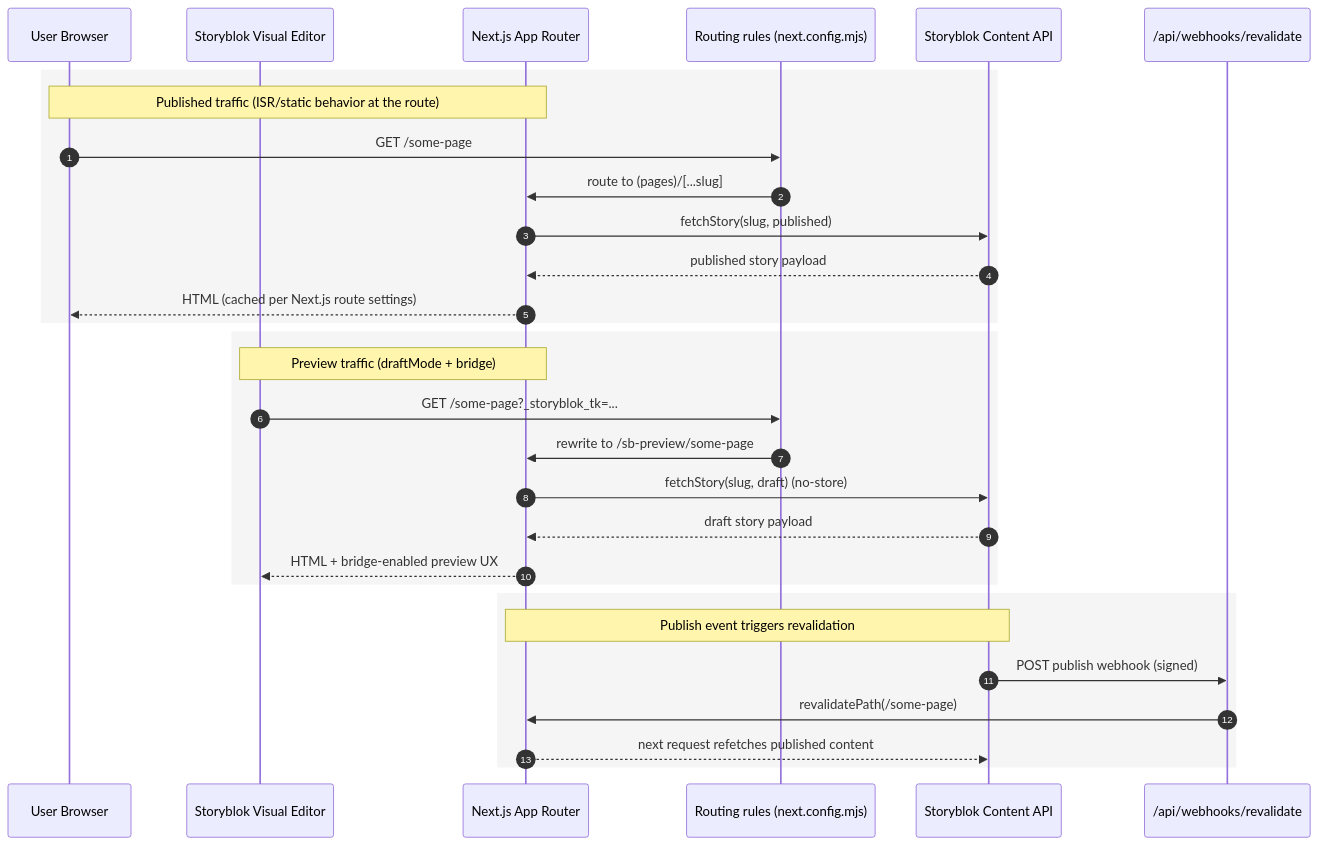
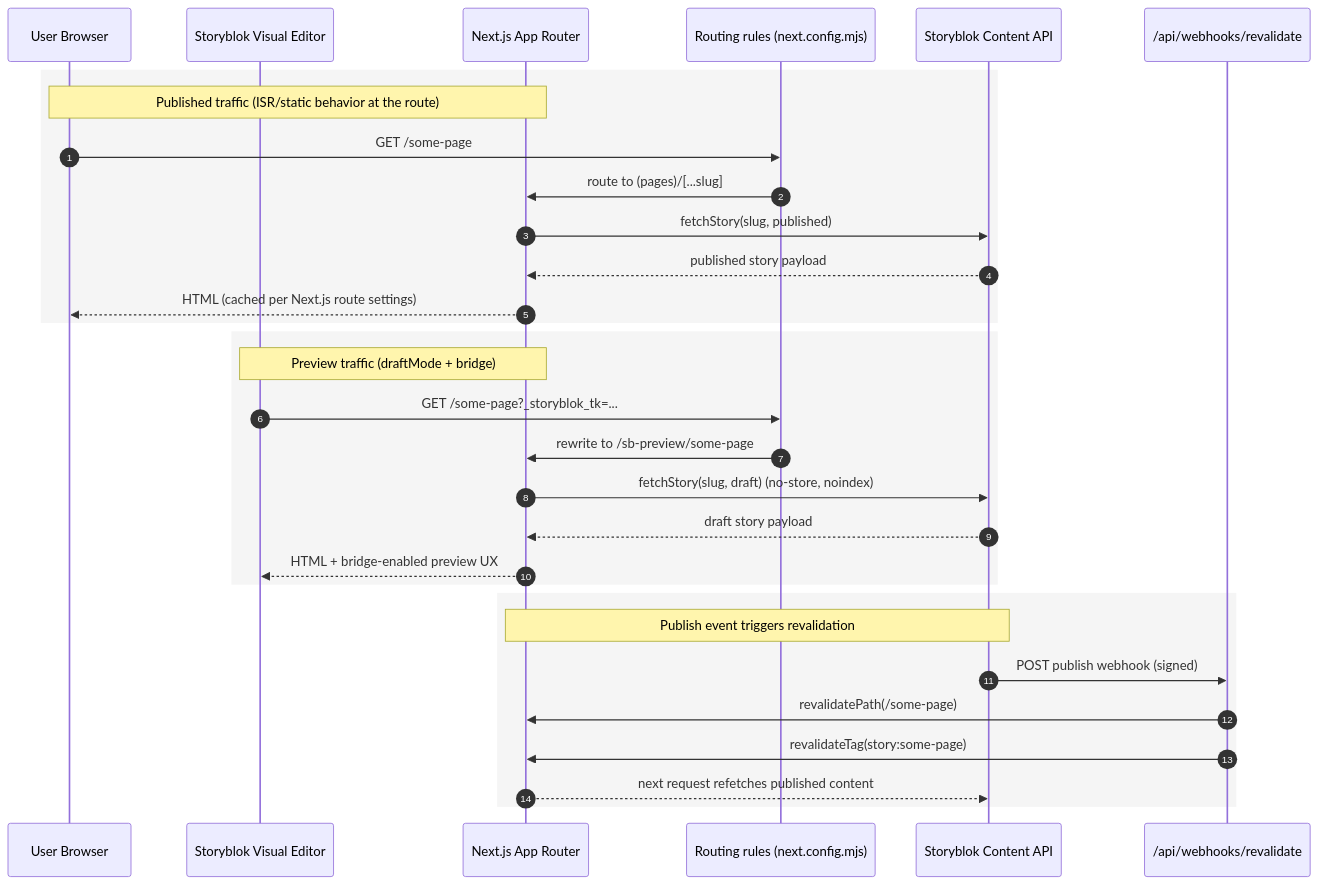
One commit to songam-su/storyblok-nextjs-mantine-demo changed the diagram in docs/architecture/content-freshness-and-preview.md. Above: the diagram before and after it, drawn with Mermaid. The commit also changed 106 other files, not shown here.

````diff
--- a/docs/architecture/content-freshness-and-preview.md
+++ b/docs/architecture/content-freshness-and-preview.md
@@ -5,35 +5,36 @@
 ```mermaid
 sequenceDiagram
   autonumber
   participant User as User Browser
   participant Editor as Storyblok Visual Editor
   participant Next as Next.js App Router
   participant Proxy as Routing rules (next.config.mjs)
   participant SB as Storyblok Content API
   participant Hook as /api/webhooks/revalidate
 
   rect rgb(245,245,245)
     note over User,Next: Published traffic (ISR/static behavior at the route)
     User->>Proxy: GET /some-page
     Proxy->>Next: route to (pages)/[...slug]
     Next->>SB: fetchStory(slug, published)
     SB-->>Next: published story payload
     Next-->>User: HTML (cached per Next.js route settings)
   end
 
   rect rgb(245,245,245)
     note over Editor,Next: Preview traffic (draftMode + bridge)
     Editor->>Proxy: GET /some-page?_storyblok_tk=...
     Proxy->>Next: rewrite to /sb-preview/some-page
-    Next->>SB: fetchStory(slug, draft) (no-store)
+    Next->>SB: fetchStory(slug, draft) (no-store, noindex)
     SB-->>Next: draft story payload
     Next-->>Editor: HTML + bridge-enabled preview UX
   end
 
   rect rgb(245,245,245)
     note over SB,Next: Publish event triggers revalidation
     SB->>Hook: POST publish webhook (signed)
     Hook->>Next: revalidatePath(/some-page)
+    Hook->>Next: revalidateTag(story:some-page)
     Next-->>SB: next request refetches published content
   end
 ```
````
